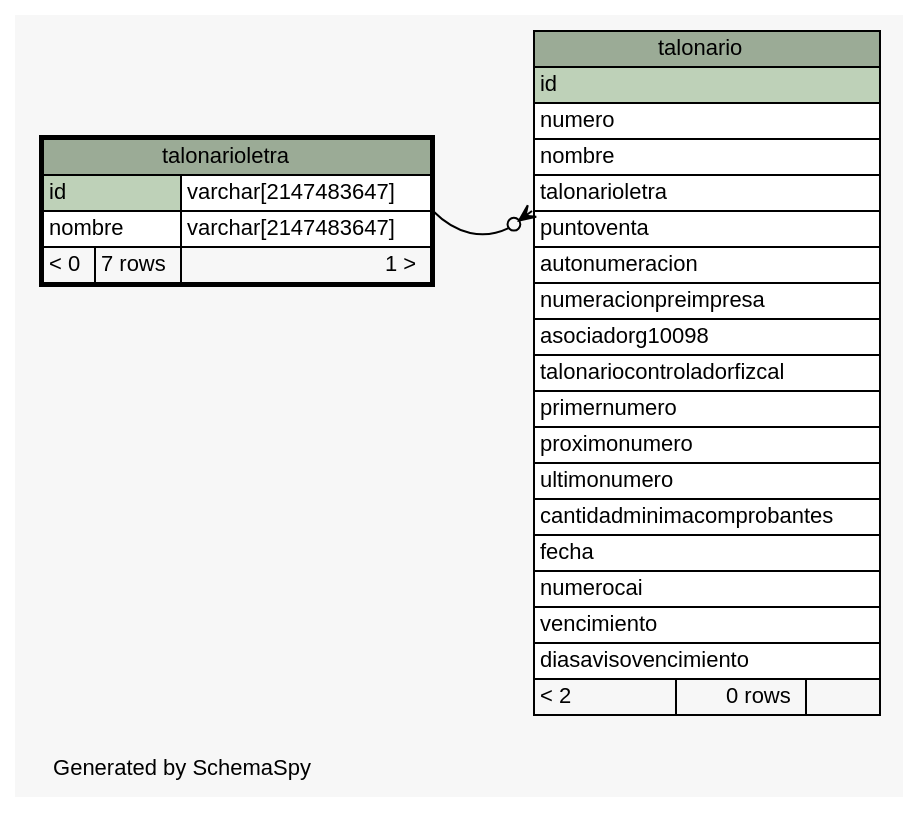
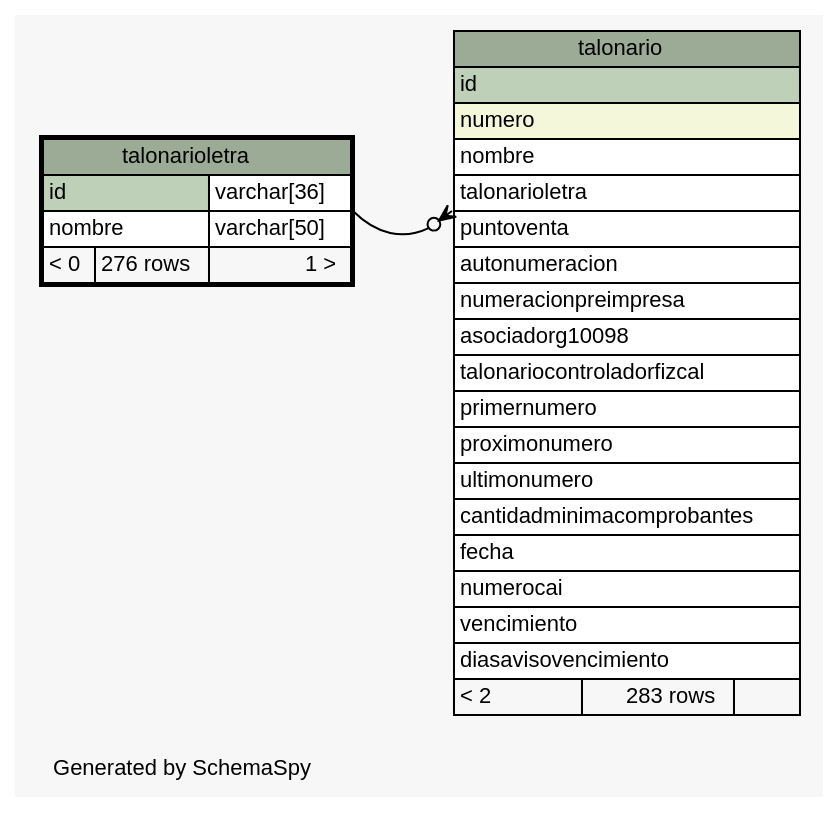
One commit to diegopablomansilla/massoftware_front changed the diagram in postgresql/schemaSpy/salida/diagrams/talonarioletra.1degree.dot. Above: the diagram before and after it, drawn with Graphviz. The commit also changed 162 other files, not shown here.

```diff
--- a/postgresql/schemaSpy/salida/diagrams/talonarioletra.1degree.dot
+++ b/postgresql/schemaSpy/salida/diagrams/talonarioletra.1degree.dot
@@ -1,60 +1,60 @@
 // dot 2.2.1 on Windows 10 10.0
 // SchemaSpy rev 590
 digraph "oneDegreeRelationshipsDiagram" {
   graph [
     rankdir="RL"
     bgcolor="#f7f7f7"
     label="\nGenerated by SchemaSpy"
     labeljust="l"
     nodesep="0.18"
     ranksep="0.46"
     fontname="Helvetica"
     fontsize="11"
   ];
   node [
     fontname="Helvetica"
     fontsize="11"
     shape="plaintext"
   ];
   edge [
     arrowsize="0.8"
   ];
   "talonario":"talonarioletra":sw -> "talonarioletra":"id.type":se [arrowhead=none dir=back arrowtail=crowodot];
   "talonario" [
     label=<
     <TABLE BORDER="0" CELLBORDER="1" CELLSPACING="0" BGCOLOR="#ffffff">
       <TR><TD COLSPAN="3" BGCOLOR="#9bab96" ALIGN="CENTER">talonario</TD></TR>
       <TR><TD PORT="id" COLSPAN="3" BGCOLOR="#bed1b8" ALIGN="LEFT">id</TD></TR>
-      <TR><TD PORT="numero" COLSPAN="3" ALIGN="LEFT">numero</TD></TR>
+      <TR><TD PORT="numero" COLSPAN="3" BGCOLOR="#f4f7da" ALIGN="LEFT">numero</TD></TR>
       <TR><TD PORT="nombre" COLSPAN="3" ALIGN="LEFT">nombre</TD></TR>
       <TR><TD PORT="talonarioletra" COLSPAN="3" ALIGN="LEFT">talonarioletra</TD></TR>
       <TR><TD PORT="puntoventa" COLSPAN="3" ALIGN="LEFT">puntoventa</TD></TR>
       <TR><TD PORT="autonumeracion" COLSPAN="3" ALIGN="LEFT">autonumeracion</TD></TR>
       <TR><TD PORT="numeracionpreimpresa" COLSPAN="3" ALIGN="LEFT">numeracionpreimpresa</TD></TR>
       <TR><TD PORT="asociadorg10098" COLSPAN="3" ALIGN="LEFT">asociadorg10098</TD></TR>
       <TR><TD PORT="talonariocontroladorfizcal" COLSPAN="3" ALIGN="LEFT">talonariocontroladorfizcal</TD></TR>
       <TR><TD PORT="primernumero" COLSPAN="3" ALIGN="LEFT">primernumero</TD></TR>
       <TR><TD PORT="proximonumero" COLSPAN="3" ALIGN="LEFT">proximonumero</TD></TR>
       <TR><TD PORT="ultimonumero" COLSPAN="3" ALIGN="LEFT">ultimonumero</TD></TR>
       <TR><TD PORT="cantidadminimacomprobantes" COLSPAN="3" ALIGN="LEFT">cantidadminimacomprobantes</TD></TR>
       <TR><TD PORT="fecha" COLSPAN="3" ALIGN="LEFT">fecha</TD></TR>
       <TR><TD PORT="numerocai" COLSPAN="3" ALIGN="LEFT">numerocai</TD></TR>
       <TR><TD PORT="vencimiento" COLSPAN="3" ALIGN="LEFT">vencimiento</TD></TR>
       <TR><TD PORT="diasavisovencimiento" COLSPAN="3" ALIGN="LEFT">diasavisovencimiento</TD></TR>
-      <TR><TD ALIGN="LEFT" BGCOLOR="#f7f7f7">&lt; 2</TD><TD ALIGN="RIGHT" BGCOLOR="#f7f7f7">0 rows</TD><TD ALIGN="RIGHT" BGCOLOR="#f7f7f7">  </TD></TR>
+      <TR><TD ALIGN="LEFT" BGCOLOR="#f7f7f7">&lt; 2</TD><TD ALIGN="RIGHT" BGCOLOR="#f7f7f7">283 rows</TD><TD ALIGN="RIGHT" BGCOLOR="#f7f7f7">  </TD></TR>
     </TABLE>>
     URL="talonario.html"
     tooltip="talonario"
   ];
   "talonarioletra" [
     label=<
     <TABLE BORDER="2" CELLBORDER="1" CELLSPACING="0" BGCOLOR="#ffffff">
       <TR><TD COLSPAN="3" BGCOLOR="#9bab96" ALIGN="CENTER">talonarioletra</TD></TR>
-      <TR><TD PORT="id" COLSPAN="2" BGCOLOR="#bed1b8" ALIGN="LEFT">id</TD><TD PORT="id.type" ALIGN="LEFT">varchar[2147483647]</TD></TR>
-      <TR><TD PORT="nombre" COLSPAN="2" ALIGN="LEFT">nombre</TD><TD PORT="nombre.type" ALIGN="LEFT">varchar[2147483647]</TD></TR>
-      <TR><TD ALIGN="LEFT" BGCOLOR="#f7f7f7">&lt; 0</TD><TD ALIGN="RIGHT" BGCOLOR="#f7f7f7">7 rows</TD><TD ALIGN="RIGHT" BGCOLOR="#f7f7f7">1 &gt;</TD></TR>
+      <TR><TD PORT="id" COLSPAN="2" BGCOLOR="#bed1b8" ALIGN="LEFT">id</TD><TD PORT="id.type" ALIGN="LEFT">varchar[36]</TD></TR>
+      <TR><TD PORT="nombre" COLSPAN="2" ALIGN="LEFT">nombre</TD><TD PORT="nombre.type" ALIGN="LEFT">varchar[50]</TD></TR>
+      <TR><TD ALIGN="LEFT" BGCOLOR="#f7f7f7">&lt; 0</TD><TD ALIGN="RIGHT" BGCOLOR="#f7f7f7">276 rows</TD><TD ALIGN="RIGHT" BGCOLOR="#f7f7f7">1 &gt;</TD></TR>
     </TABLE>>
     URL="talonarioletra.html"
     tooltip="talonarioletra"
   ];
 }
```
